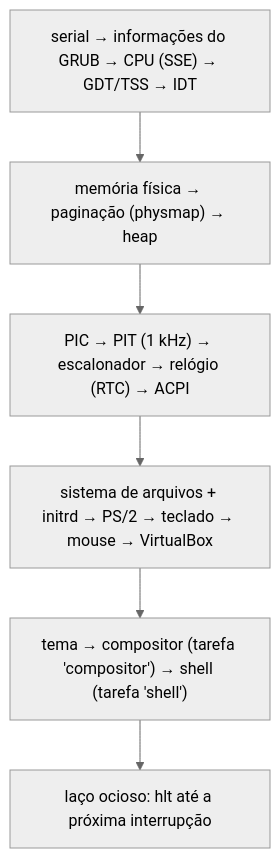
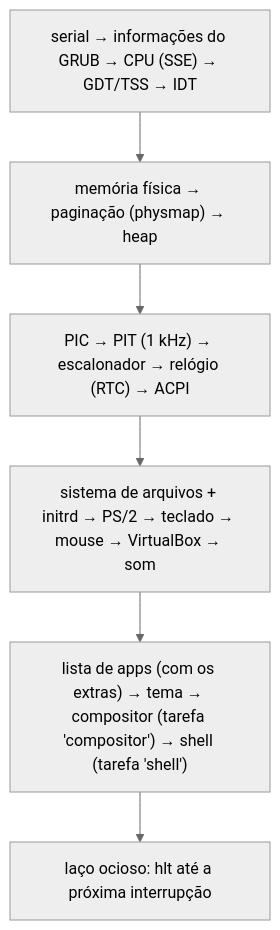
One commit to AlefRP/capivara_os changed the third of 5 diagrams in docs/arquitetura.md. Above: the diagram before and after it, drawn with Mermaid (neutral theme). The commit also changed other lines of this file and 49 other files, not shown here.

First line of the commit message:
Som AC'97, programas extras e o guia de estudo do OSTEP

````diff
--- a/docs/arquitetura.md
+++ b/docs/arquitetura.md
@@ -62,9 +62,9 @@
 ```mermaid
 flowchart TB
     a["serial → informações do GRUB → CPU (SSE) → GDT/TSS → IDT"] -->
     b["memória física → paginação (physmap) → heap"] -->
     c["PIC → PIT (1 kHz) → escalonador → relógio (RTC) → ACPI"] -->
-    d["sistema de arquivos + initrd → PS/2 → teclado → mouse → VirtualBox"] -->
-    e["tema → compositor (tarefa 'compositor') → shell (tarefa 'shell')"] -->
+    d["sistema de arquivos + initrd → PS/2 → teclado → mouse → VirtualBox → som"] -->
+    e["lista de apps (com os extras) → tema → compositor (tarefa 'compositor') → shell (tarefa 'shell')"] -->
     f["laço ocioso: hlt até a próxima interrupção"]
 ```
````
